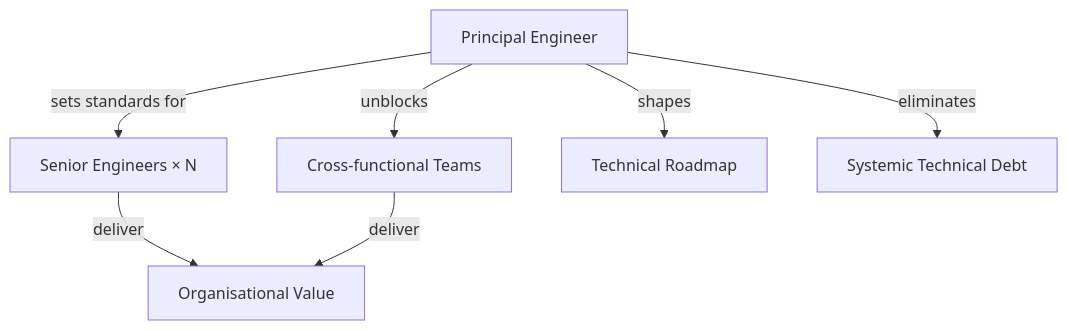
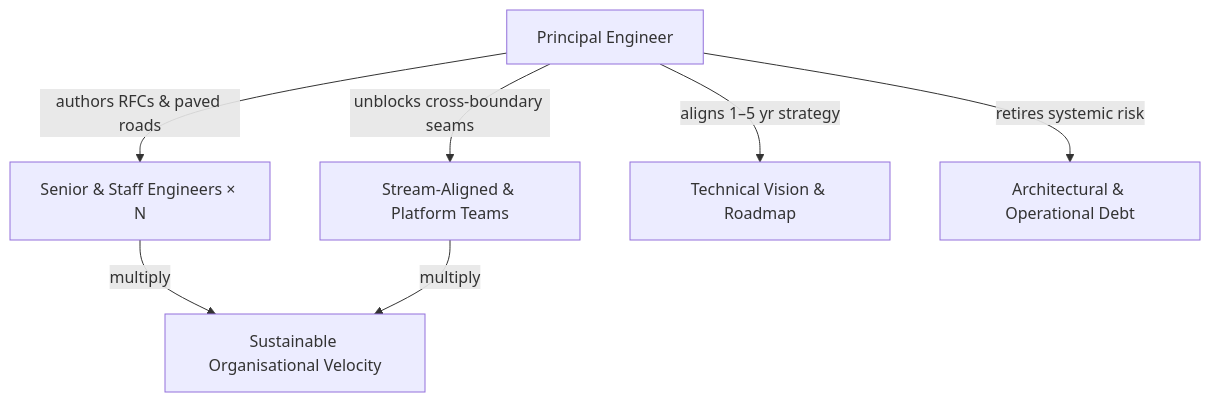
The first of 3 diagrams in docs/01.02-principal-engineer.md (nitinkc/PrincipalEngineer_InterviewGuide), drawn with Mermaid before and after one commit. The commit also changed other lines of this file and 27 other files, not shown here.

````diff
--- a/docs/01.02-principal-engineer.md
+++ b/docs/01.02-principal-engineer.md
@@ -12,10 +23,10 @@
 ```mermaid
 graph TD
-    PE[Principal Engineer]
-    PE -->|sets standards for| SR[Senior Engineers × N]
-    PE -->|unblocks| Teams[Cross-functional Teams]
-    PE -->|shapes| Roadmap[Technical Roadmap]
-    PE -->|eliminates| Debt[Systemic Technical Debt]
-    SR -->|deliver| Value[Organisational Value]
-    Teams -->|deliver| Value
+    PE["Principal Engineer"]
+    PE -->|"authors RFCs & paved roads"| SR["Senior & Staff Engineers × N"]
+    PE -->|"unblocks cross-boundary seams"| Teams["Stream-Aligned & Platform Teams"]
+    PE -->|"aligns 1–5 yr strategy"| Roadmap["Technical Vision & Roadmap"]
+    PE -->|"retires systemic risk"| Debt["Architectural & Operational Debt"]
+    SR -->|"multiply"| Value["Sustainable Organisational Velocity"]
+    Teams -->|"multiply"| Value
 ```
````
